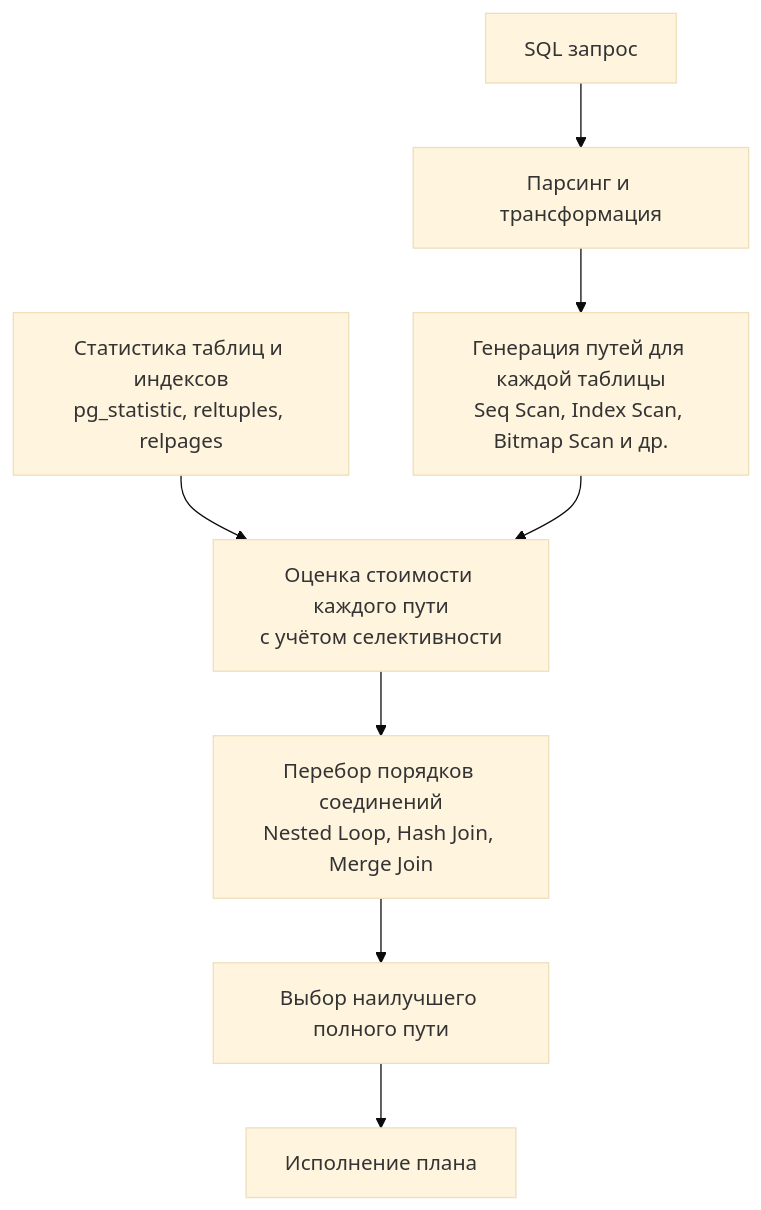
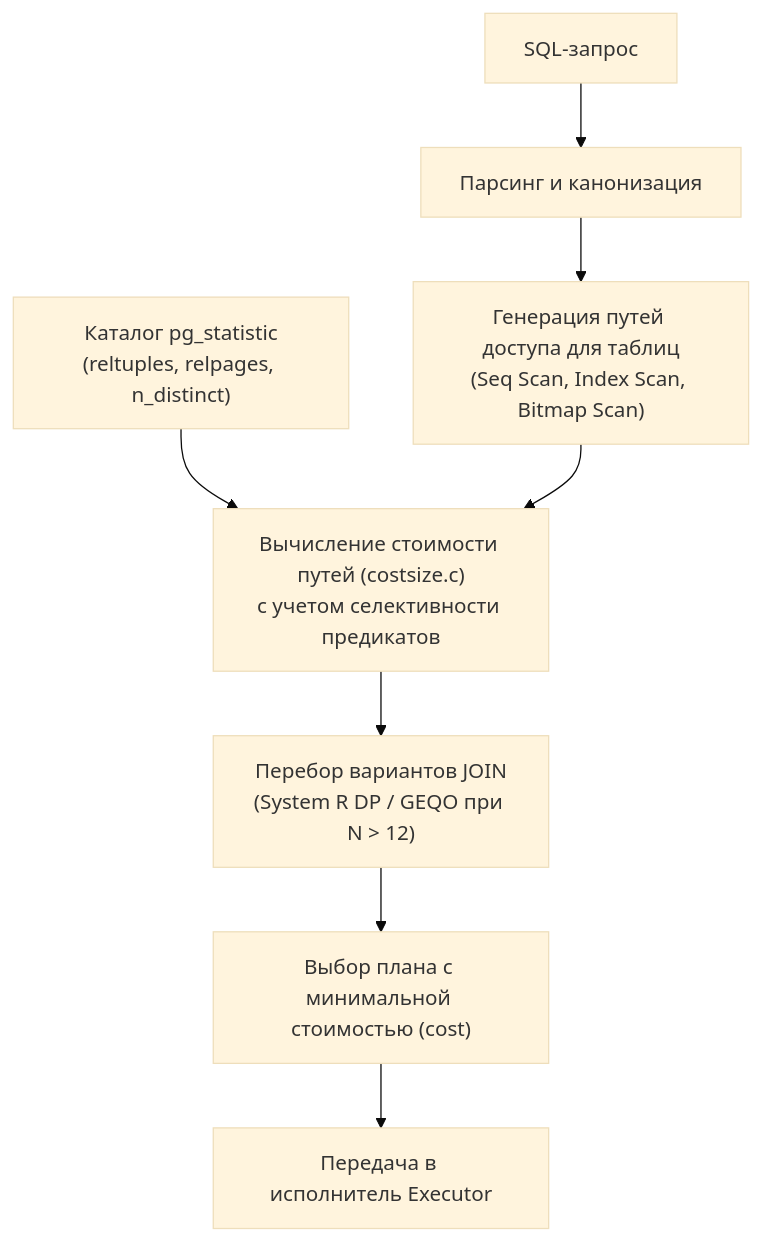
The diagram in sources/12. Базы данных/04. Индексы и производительность/11. Cost based optimizer.md (UnrealTemplier/go-textbook), drawn with Mermaid (base theme) before and after one commit. The commit also changed other lines of this file, not shown here.

````diff
--- a/sources/12. Базы данных/04. Индексы и производительность/11. Cost based optimizer.md
+++ b/sources/12. Базы данных/04. Индексы и производительность/11. Cost based optimizer.md
@@ -63,19 +76,10 @@
 ```mermaid
 flowchart TD
-    SQL["SQL запрос"]
-    Parse["Парсинг и трансформация"]
-    Stat["Статистика таблиц и индексов<br>pg_statistic, reltuples, relpages"]
-    GenPaths["Генерация путей для каждой таблицы<br>Seq Scan, Index Scan, Bitmap Scan и др."]
-    CostEval["Оценка стоимости каждого пути<br>с учётом селективности"]
-    JoinEnum["Перебор порядков соединений<br>Nested Loop, Hash Join, Merge Join"]
-    BestPath["Выбор наилучшего полного пути"]
-    Execute["Исполнение плана"]
-
-    SQL --> Parse
-    Parse --> GenPaths
-    Stat --> CostEval
+    SQL["SQL-запрос"] --> Parse["Парсинг и канонизация"]
+    Parse --> GenPaths["Генерация путей доступа для таблиц<br>(Seq Scan, Index Scan, Bitmap Scan)"]
+    Stat["Каталог pg_statistic<br>(reltuples, relpages, n_distinct)"] --> CostEval["Вычисление стоимости путей (costsize.c)<br>с учетом селективности предикатов"]
     GenPaths --> CostEval
-    CostEval --> JoinEnum
-    JoinEnum --> BestPath
-    BestPath --> Execute
+    CostEval --> JoinEnum["Перебор вариантов JOIN<br>(System R DP / GEQO при N > 12)"]
+    JoinEnum --> BestPath["Выбор плана с минимальной стоимостью (cost)"]
+    BestPath --> Execute["Передача в исполнитель Executor"]
 ```
````
